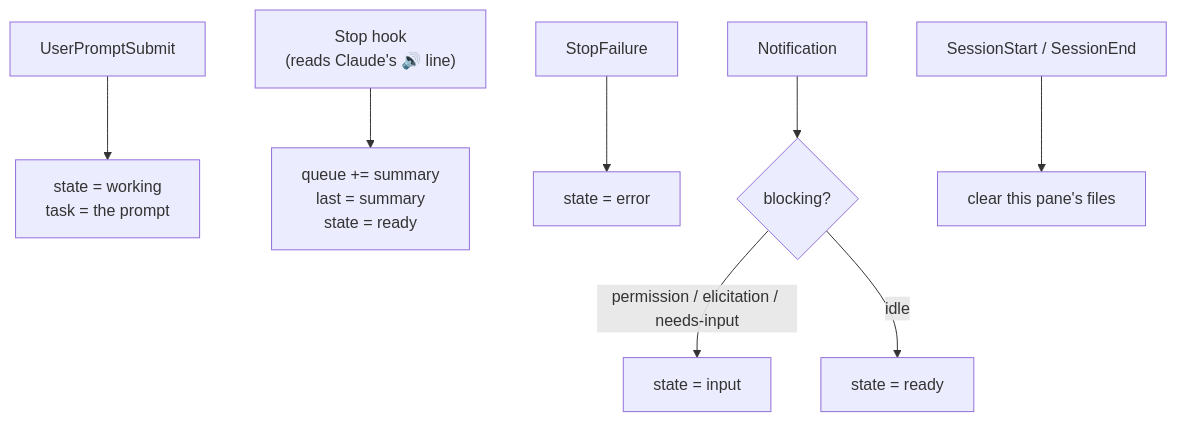
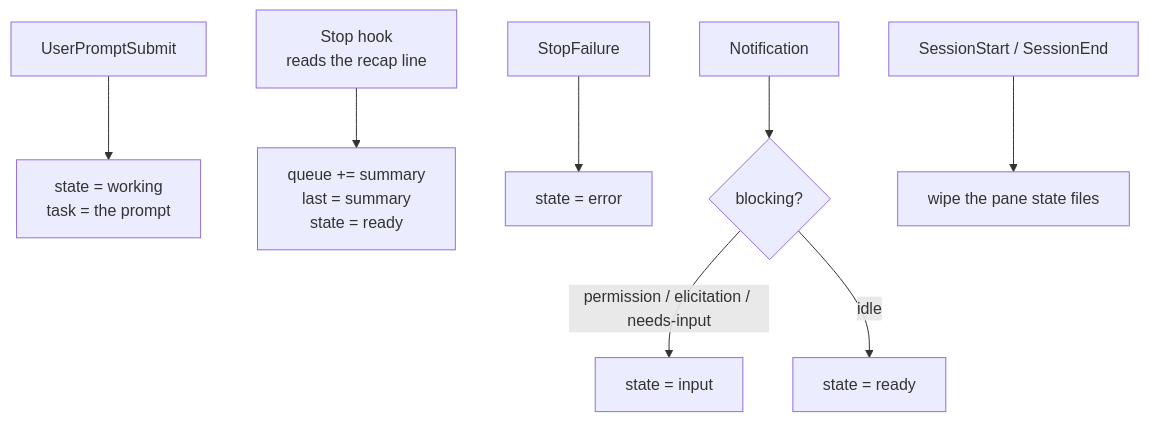
The first of 2 diagrams in docs/architecture.md (Louis-Mascari/aloud), drawn with Mermaid before and after one commit. The commit also changed other lines of this file and 1 other file, not shown here.

First line of the commit message:
Simplify mermaid diagrams so GitHub renders them

````diff
--- a/docs/architecture.md
+++ b/docs/architecture.md
@@ -24,10 +24,10 @@
 ```mermaid
 flowchart TD
     U["UserPromptSubmit"] --> W["state = working<br/>task = the prompt"]
-    S["Stop hook<br/>(reads Claude's 🔊 line)"] --> R["queue += summary<br/>last = summary<br/>state = ready"]
+    S["Stop hook<br/>reads the recap line"] --> R["queue += summary<br/>last = summary<br/>state = ready"]
     SF["StopFailure"] --> E["state = error"]
     N["Notification"] --> NB{"blocking?"}
     NB -->|"permission / elicitation / needs-input"| I["state = input"]
     NB -->|"idle"| IR["state = ready"]
-    SE["SessionStart / SessionEnd"] --> C["clear this pane's files"]
+    SE["SessionStart / SessionEnd"] --> C["wipe the pane state files"]
 ```
````
